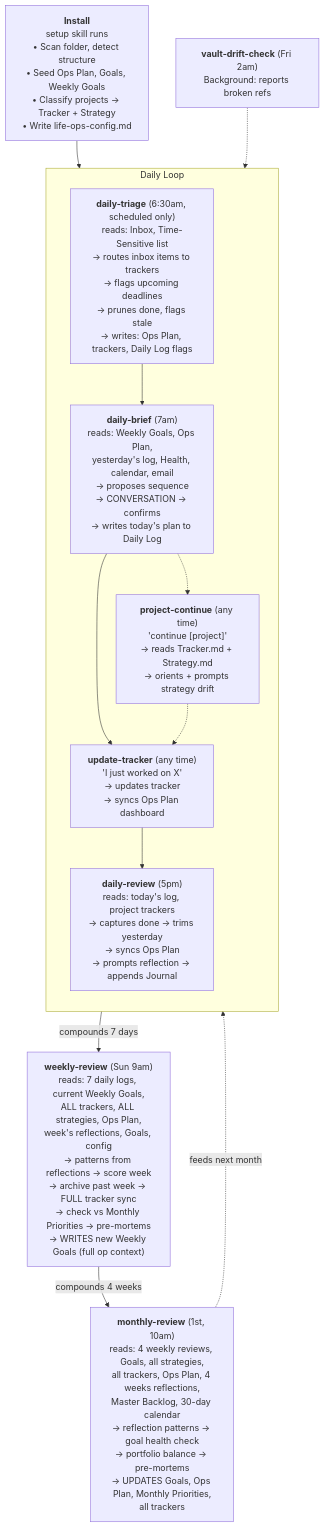
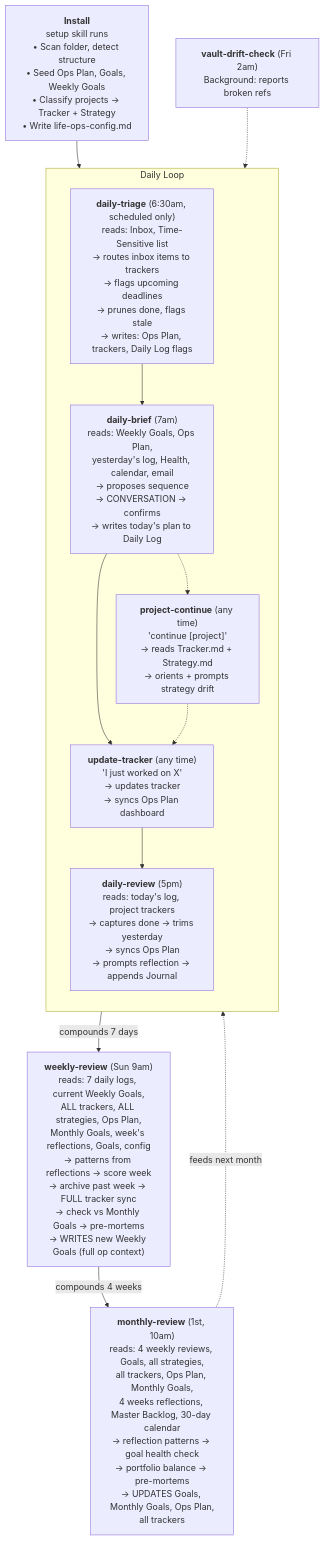
Before and after one commit to heymoosh/intently: the first of 2 diagrams in docs/product/requirements/life-ops-plugin-spec.md, drawn with Mermaid. The commit also changed other lines of this file, not shown here.

First line of the commit message:
feat(spec): separate Monthly Goals.md from Ops Plan

````diff
--- a/docs/product/requirements/life-ops-plugin-spec.md
+++ b/docs/product/requirements/life-ops-plugin-spec.md
@@ -89,76 +88,76 @@
 ```mermaid
 flowchart TD
     Install["`**Install**
     setup skill runs
     • Scan folder, detect structure
     • Seed Ops Plan, Goals, Weekly Goals
     • Classify projects → Tracker + Strategy
     • Write life-ops-config.md`"]
 
     Install --> DailyLoop
 
     subgraph DailyLoop["Daily Loop"]
         direction TB
         Triage["`**daily-triage** (6:30am, scheduled only)
         reads: Inbox, Time-Sensitive list
         → routes inbox items to trackers
         → flags upcoming deadlines
         → prunes done, flags stale
         → writes: Ops Plan, trackers, Daily Log flags`"]
 
         Brief["`**daily-brief** (7am)
         reads: Weekly Goals, Ops Plan,
         yesterday's log, Health, calendar, email
         → proposes sequence
         → CONVERSATION → confirms
         → writes today's plan to Daily Log`"]
 
         UpdateTracker["`**update-tracker** (any time)
         'I just worked on X'
         → updates tracker
         → syncs Ops Plan dashboard`"]
 
         ProjectContinue["`**project-continue** (any time)
         'continue [project]'
         → reads Tracker.md + Strategy.md
         → orients + prompts strategy drift`"]
 
         Review["`**daily-review** (5pm)
         reads: today's log, project trackers
         → captures done → trims yesterday
         → syncs Ops Plan
         → prompts reflection → appends Journal`"]
 
         Triage --> Brief --> UpdateTracker --> Review
         Brief -.-> ProjectContinue
         ProjectContinue -.-> UpdateTracker
     end
 
     DailyLoop -->|compounds 7 days| Weekly
 
     Weekly["`**weekly-review** (Sun 9am)
     reads: 7 daily logs, current Weekly Goals,
     ALL trackers, ALL strategies, Ops Plan,
-    week's reflections, Goals, config
+    Monthly Goals, week's reflections, Goals, config
     → patterns from reflections → score week
     → archive past week → FULL tracker sync
-    → check vs Monthly Priorities → pre-mortems
+    → check vs Monthly Goals → pre-mortems
     → WRITES new Weekly Goals (full op context)`"]
 
     Weekly -->|compounds 4 weeks| Monthly
 
     Monthly["`**monthly-review** (1st, 10am)
     reads: 4 weekly reviews, Goals, all strategies,
-    all trackers, Ops Plan, 4 weeks reflections,
-    Master Backlog, 30-day calendar
+    all trackers, Ops Plan, Monthly Goals,
+    4 weeks reflections, Master Backlog, 30-day calendar
     → reflection patterns → goal health check
     → portfolio balance → pre-mortems
-    → UPDATES Goals, Ops Plan, Monthly Priorities,
+    → UPDATES Goals, Monthly Goals, Ops Plan,
     all trackers`"]
 
     Drift["`**vault-drift-check** (Fri 2am)
     Background: reports broken refs`"]
 
     Monthly -.->|feeds next month| DailyLoop
     Drift -.-> DailyLoop
 ```
````
